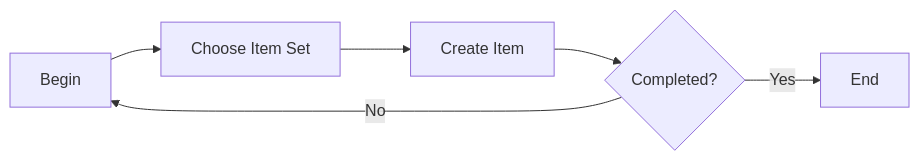
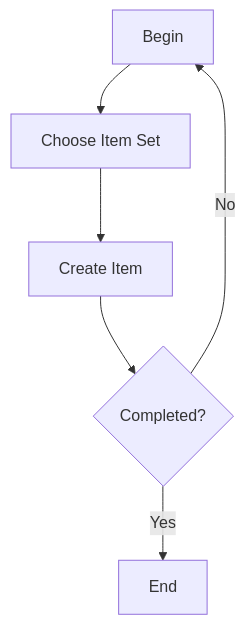
Before and after one commit to codersyacht/maximo-knowledge-center: the diagram in maximo/inventory/item-master/items.md, drawn with Mermaid.

Commit message:
items.md

````diff
--- a/maximo/inventory/item-master/items.md
+++ b/maximo/inventory/item-master/items.md
@@ -4,8 +4,8 @@
 ```mermaid
-graph LR
+graph TB
 A[Begin]-->B[Choose Item Set]
 B-->C[Create Item]
 C-->D{Completed?}
 D--> |Yes| E[End]
 D--> |No| A 
 ```
````
